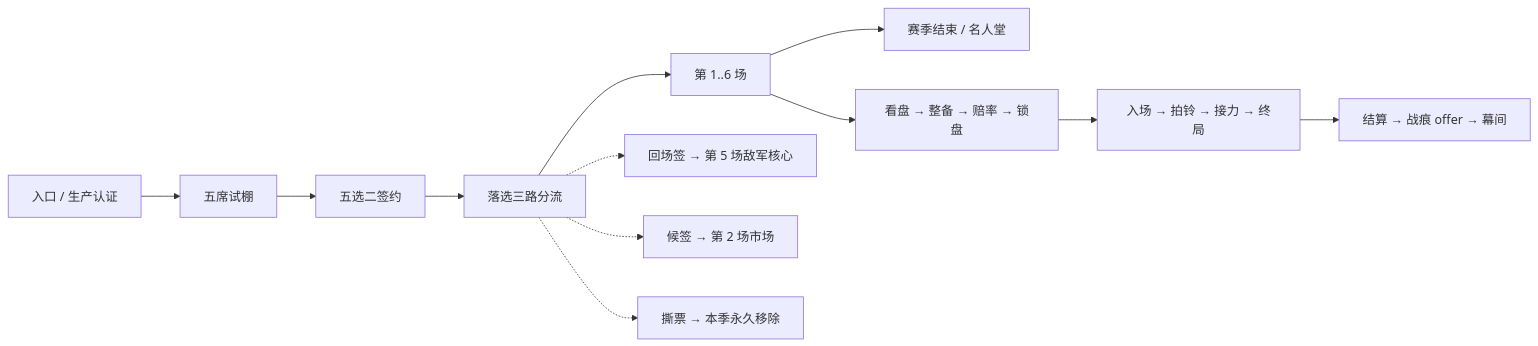
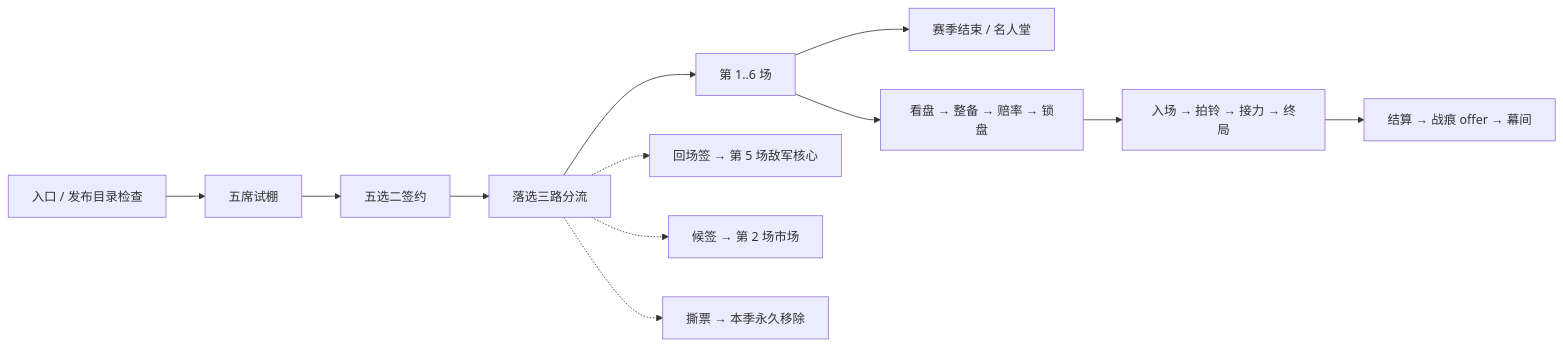
One commit to GASEN1216/BossRushMod changed the diagram in .qoder/repowiki/zh/content/游戏模式系统/Mode H：百战留痕（黑市鸭王杯）.md. Above: the diagram before and after it, drawn with Mermaid. The commit also changed other lines of this file and 87 other files, not shown here.

````diff
--- a/.qoder/repowiki/zh/content/游戏模式系统/Mode H：百战留痕（黑市鸭王杯）.md
+++ b/.qoder/repowiki/zh/content/游戏模式系统/Mode H：百战留痕（黑市鸭王杯）.md
@@ -85,14 +104,14 @@
 ```mermaid
 graph LR
-A["入口 / 生产认证"] --> B["五席试棚"]
+A["入口 / 发布目录检查"] --> B["五席试棚"]
 B --> C["五选二签约"]
 C --> D["落选三路分流"]
 D --> E["第 1..6 场"]
 E --> F["赛季结束 / 名人堂"]
 D -.-> D1["回场签 → 第 5 场敌军核心"]
 D -.-> D2["候签 → 第 2 场市场"]
 D -.-> D3["撕票 → 本季永久移除"]
 E --> E1["看盘 → 整备 → 赔率 → 锁盘"]
 E1 --> E2["入场 → 拍铃 → 接力 → 终局"]
 E2 --> E3["结算 → 战痕 offer → 幕间"]
 ```
````
